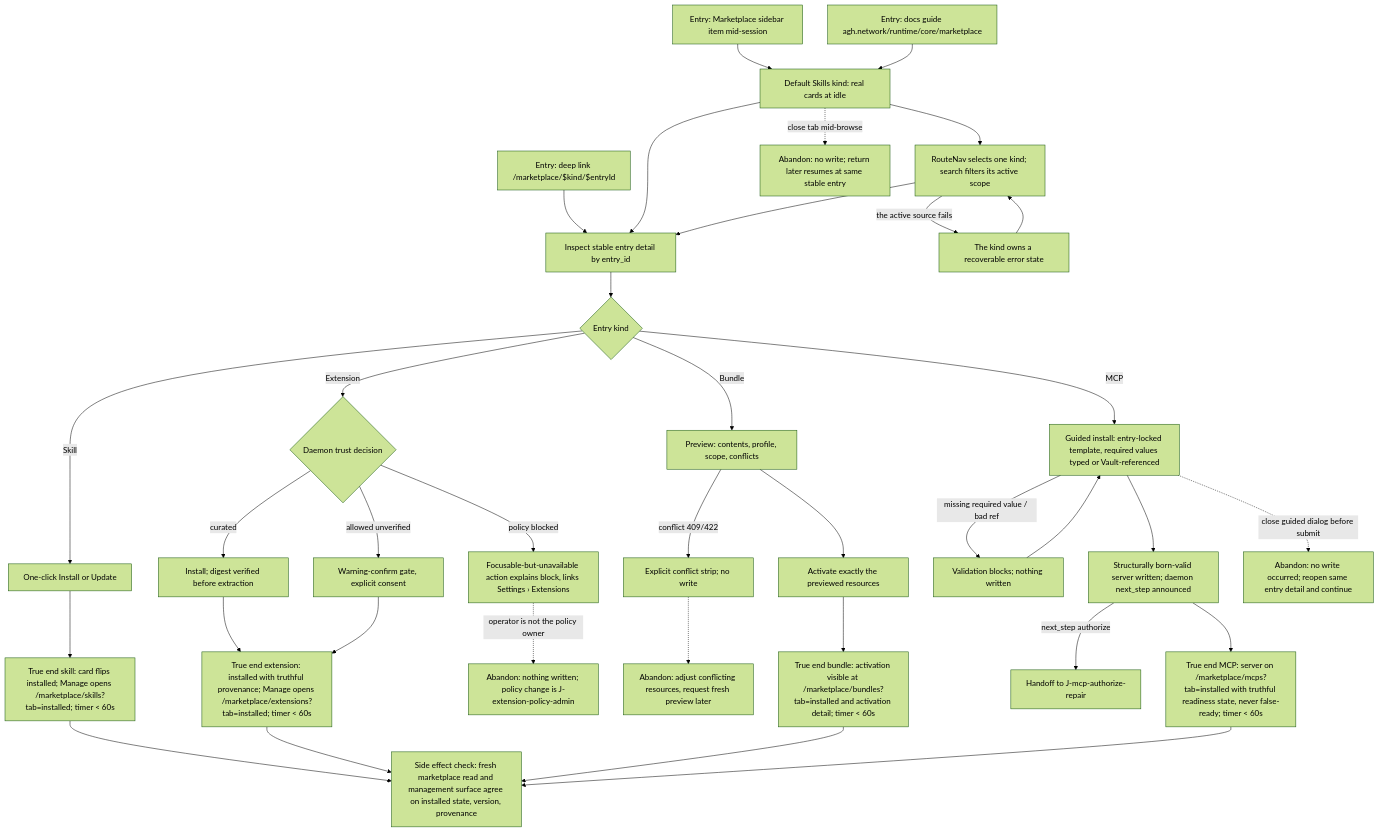
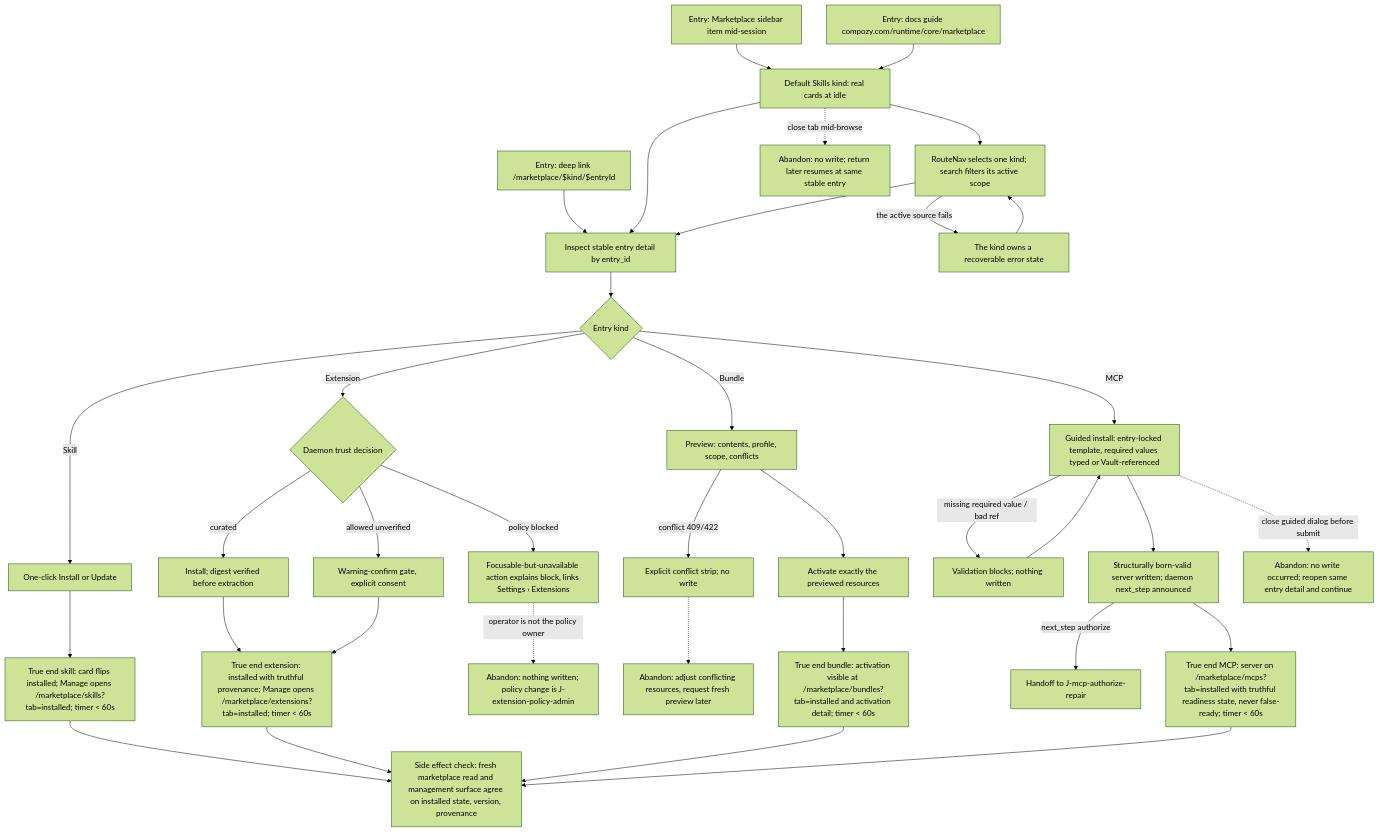
Before and after one commit to compozy/compozy: the diagram in docs/qa/journeys/J-marketplace-acquisition.md, drawn with Mermaid (forest theme). The commit also changed other lines of this file and 831 other files, not shown here.

````diff
--- a/docs/qa/journeys/J-marketplace-acquisition.md
+++ b/docs/qa/journeys/J-marketplace-acquisition.md
@@ -5,38 +5,38 @@
 ```mermaid
 flowchart TD
   A[Entry: Marketplace sidebar item mid-session] --> B[Default Skills kind: real cards at idle]
   A2[Entry: deep link /marketplace/$kind/$entryId] --> D
-  A3[Entry: docs guide agh.network/runtime/core/marketplace] --> B
+  A3[Entry: docs guide compozy.com/runtime/core/marketplace] --> B
   B --> C[RouteNav selects one kind; search filters its active scope]
   C -->|the active source fails| C2[The kind owns a recoverable error state]
   C2 --> C
   B --> D[Inspect stable entry detail by entry_id]
   C --> D
   D --> E{Entry kind}
   E -->|Skill| F[One-click Install or Update]
   F --> F2[True end skill: card flips installed; Manage opens /marketplace/skills?tab=installed; timer < 60s]
   E -->|Extension| G{Daemon trust decision}
   G -->|curated| G1[Install; digest verified before extraction]
   G -->|policy blocked| G2[Focusable-but-unavailable action explains block, links Settings › Extensions]
   G -->|allowed unverified| G3[Warning-confirm gate, explicit consent]
   G1 --> G4[True end extension: installed with truthful provenance; Manage opens /marketplace/extensions?tab=installed; timer < 60s]
   G3 --> G4
   G2 -.->|operator is not the policy owner| X2[Abandon: nothing written; policy change is J-extension-policy-admin]
   E -->|Bundle| H[Preview: contents, profile, scope, conflicts]
   H -->|conflict 409/422| H2[Explicit conflict strip; no write]
   H2 -.-> X3[Abandon: adjust conflicting resources, request fresh preview later]
   H --> H3[Activate exactly the previewed resources]
   H3 --> H4[True end bundle: activation visible at /marketplace/bundles?tab=installed and activation detail; timer < 60s]
   E -->|MCP| I[Guided install: entry-locked template, required values typed or Vault-referenced]
   I -->|missing required value / bad ref| I2[Validation blocks; nothing written]
   I2 --> I
   I --> I3[Structurally born-valid server written; daemon next_step announced]
   I3 -->|next_step authorize| I4[Handoff to J-mcp-authorize-repair]
   I3 --> I5[True end MCP: server on /marketplace/mcps?tab=installed with truthful readiness state, never false-ready; timer < 60s]
   B -.->|close tab mid-browse| X1[Abandon: no write; return later resumes at same stable entry]
   I -.->|close guided dialog before submit| X4[Abandon: no write occurred; reopen same entry detail and continue]
   F2 --> Z[Side effect check: fresh marketplace read and management surface agree on installed state, version, provenance]
   G4 --> Z
   H4 --> Z
   I5 --> Z
 ```
````
